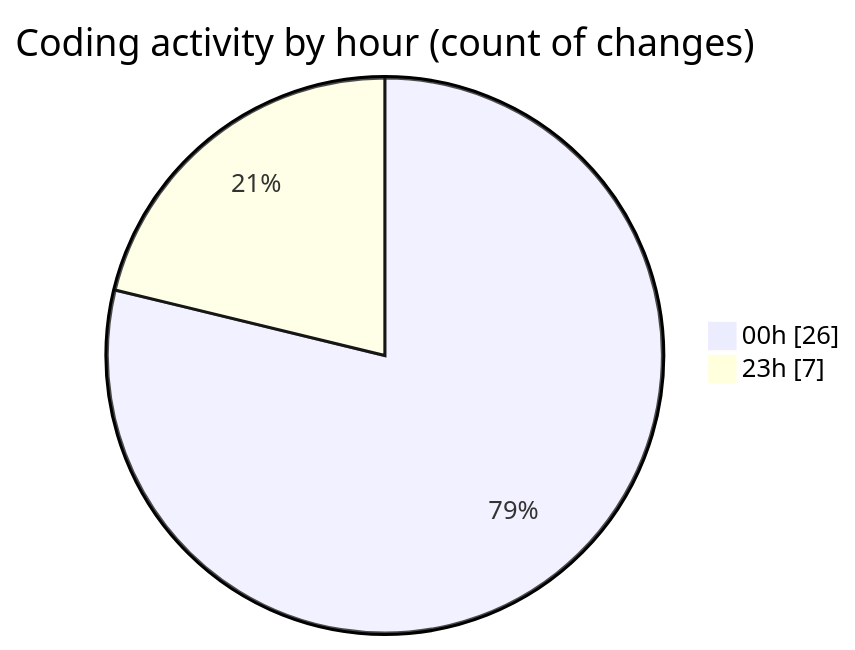
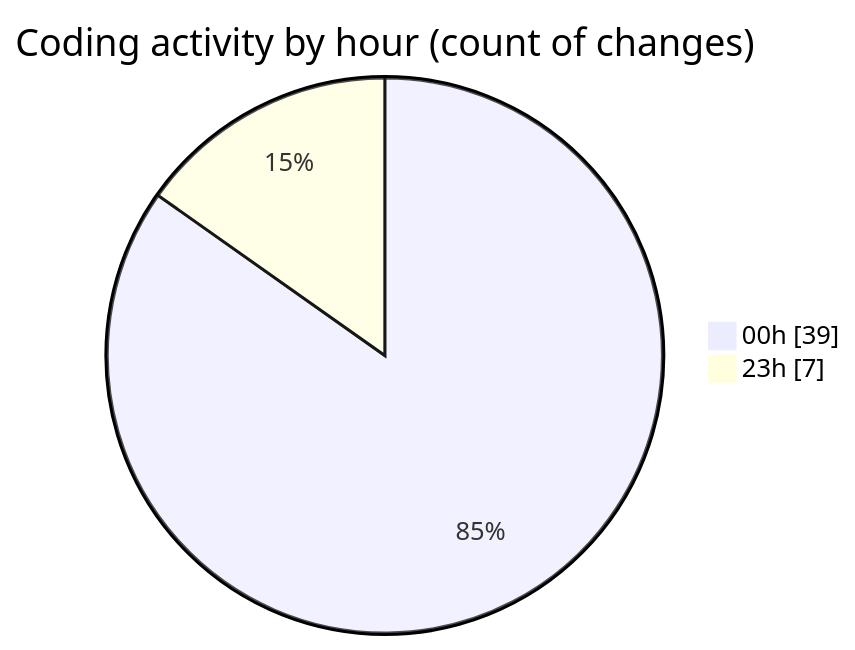
The second of 2 diagrams in 2025-08-12/rentotp/README.md (lephambinh05/code-tracking), drawn with Mermaid before and after one commit. The commit also changed other lines of this file and 1 other file, not shown here.

````diff
--- a/2025-08-12/rentotp/README.md
+++ b/2025-08-12/rentotp/README.md
@@ -38,6 +40,6 @@
 ```mermaid
 pie showData
 title Coding activity by hour (count of changes)
-"00h" : 26
+"00h" : 39
 "23h" : 7
 ```
````
